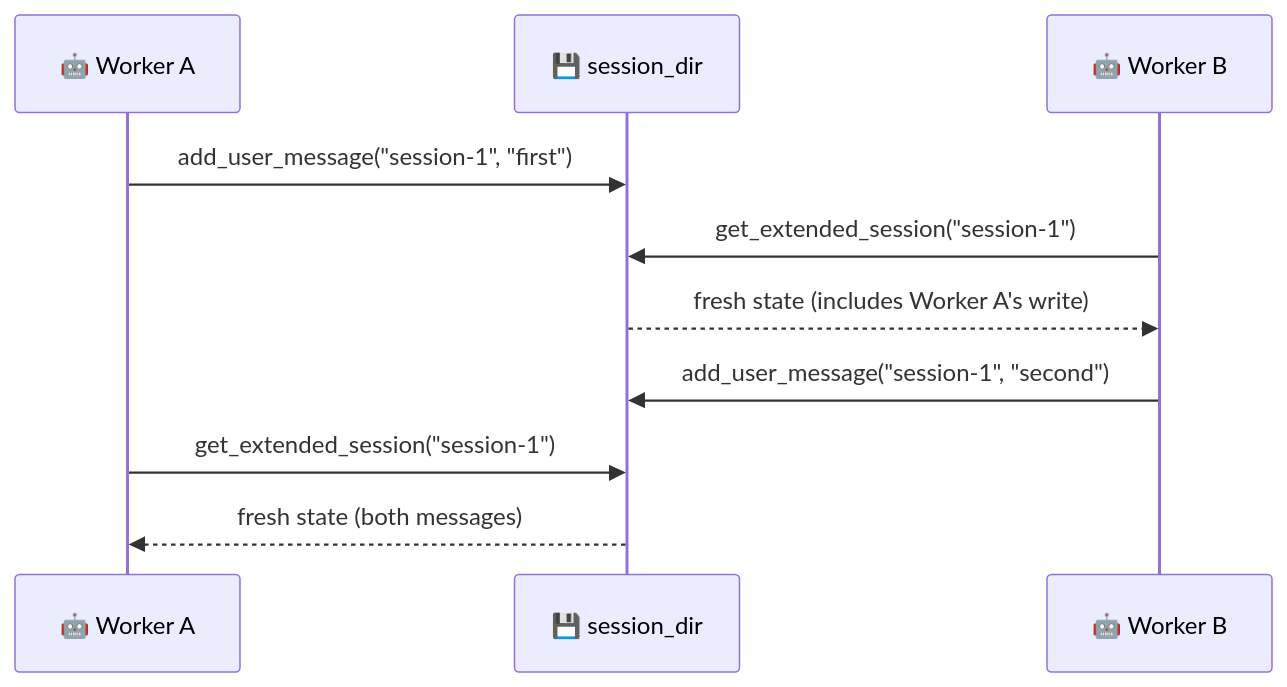
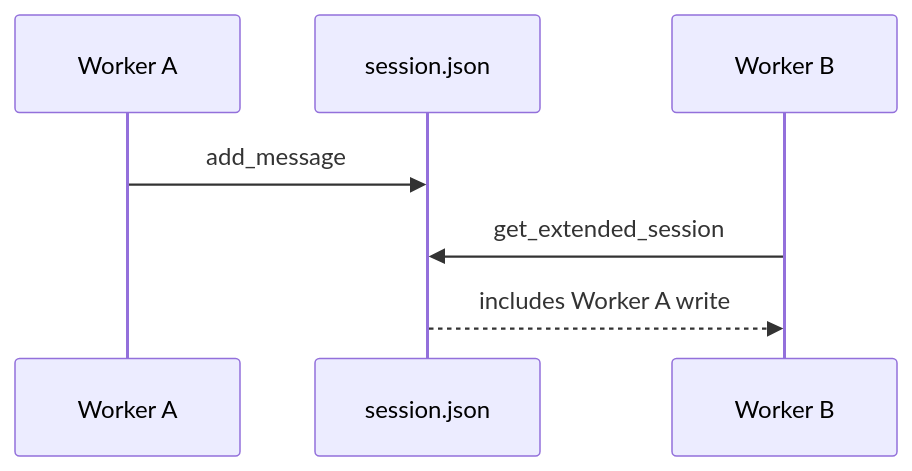
The second of 2 diagrams in docs/features/session-hierarchy.mdx (MervinPraison/PraisonAIDocs), drawn with Mermaid before and after one commit. The commit also changed other lines of this file and 3 other files, not shown here.

````diff
--- a/docs/features/session-hierarchy.mdx
+++ b/docs/features/session-hierarchy.mdx
@@ -131,14 +56,10 @@
 ```mermaid
 sequenceDiagram
-    participant WorkerA as 🤖 Worker A
-    participant Disk as 💾 session_dir
-    participant WorkerB as 🤖 Worker B
+    participant A as Worker A
+    participant D as session.json
+    participant B as Worker B
 
-    WorkerA->>Disk: add_user_message("session-1", "first")
-    WorkerB->>Disk: get_extended_session("session-1")
-    Disk-->>WorkerB: fresh state (includes Worker A's write)
-    
-    WorkerB->>Disk: add_user_message("session-1", "second")
-    WorkerA->>Disk: get_extended_session("session-1")
-    Disk-->>WorkerA: fresh state (both messages)
+    A->>D: add_message
+    B->>D: get_extended_session
+    D-->>B: includes Worker A write
 ```
````
